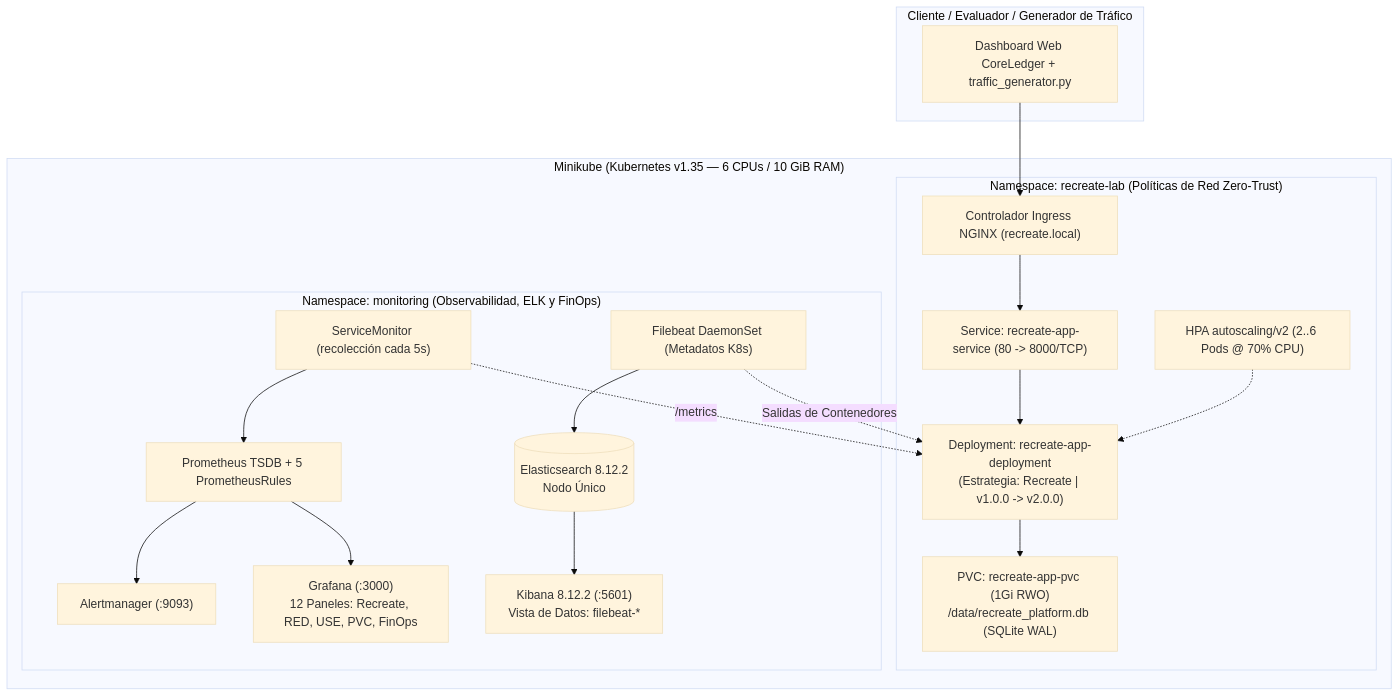
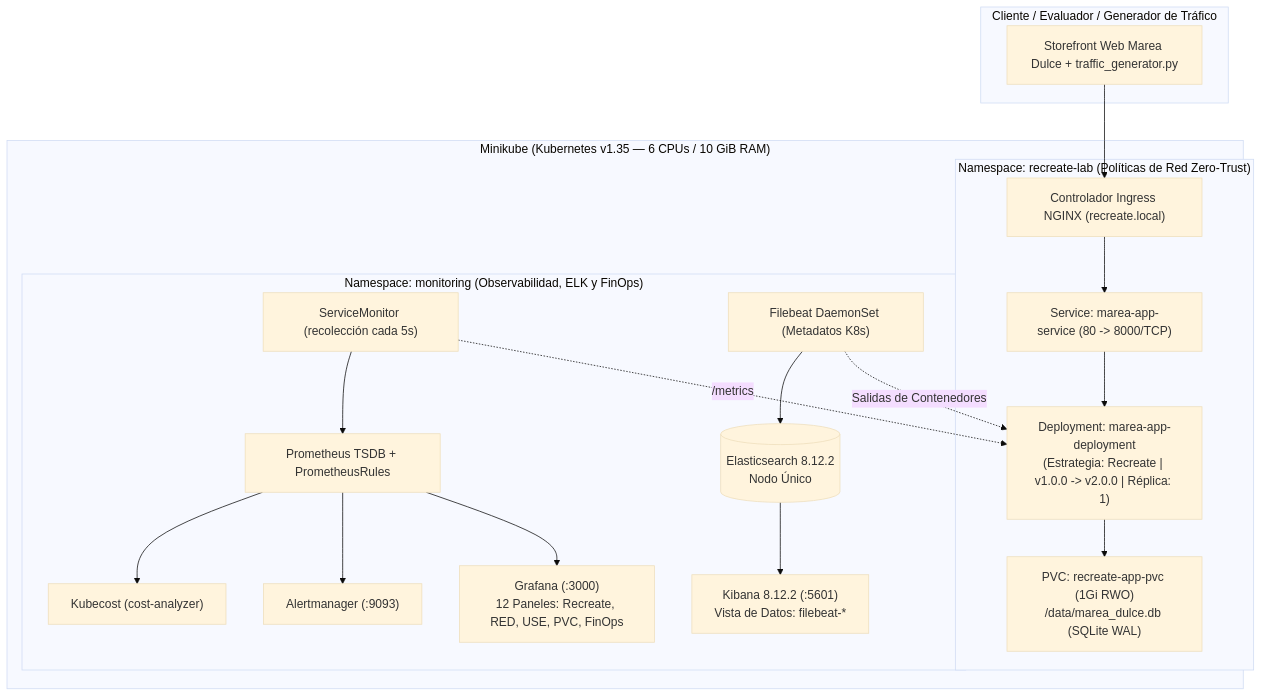
Before and after one commit to Esteban-GV/MareaDulce_Recreate: the diagram in docs/architecture/roadmap-and-architecture.md, drawn with Mermaid (base theme). The commit also changed other lines of this file and 138 other files, not shown here.

Commit message:
feat(docs): migrate documentation, platform and architecture to Marea Dulce Recreate deployment

````diff
--- a/docs/architecture/roadmap-and-architecture.md
+++ b/docs/architecture/roadmap-and-architecture.md
@@ -7,42 +7,42 @@
 ```mermaid
 flowchart TB
     subgraph Cliente["Cliente / Evaluador / Generador de Tráfico"]
-        Browser["Dashboard Web CoreLedger + traffic_generator.py"]
+        Browser["Storefront Web Marea Dulce + traffic_generator.py"]
     end
 
     subgraph Cluster["Minikube (Kubernetes v1.35 — 6 CPUs / 10 GiB RAM)"]
         Ingress["Controlador Ingress NGINX (recreate.local)"]
 
         subgraph NS_App["Namespace: recreate-lab (Políticas de Red Zero-Trust)"]
-            Svc["Service: recreate-app-service (80 -> 8000/TCP)"]
-            Deploy["Deployment: recreate-app-deployment\n(Estrategia: Recreate | v1.0.0 -> v2.0.0)"]
-            HPA["HPA autoscaling/v2 (2..6 Pods @ 70% CPU)"]
-            PVC["PVC: recreate-app-pvc (1Gi RWO)\n/data/recreate_platform.db (SQLite WAL)"]
+            Svc["Service: marea-app-service (80 -> 8000/TCP)"]
+            Deploy["Deployment: marea-app-deployment\n(Estrategia: Recreate | v1.0.0 -> v2.0.0 | Réplica: 1)"]
+            PVC["PVC: recreate-app-pvc (1Gi RWO)\n/data/marea_dulce.db (SQLite WAL)"]
 
             Ingress --> Svc
             Svc --> Deploy
-            HPA -.-> Deploy
             Deploy --> PVC
         end
 
         subgraph NS_Mon["Namespace: monitoring (Observabilidad, ELK y FinOps)"]
             SM["ServiceMonitor (recolección cada 5s)"]
-            Prom["Prometheus TSDB + 5 PrometheusRules"]
+            Prom["Prometheus TSDB + PrometheusRules"]
             AM["Alertmanager (:9093)"]
             Graf["Grafana (:3000)\n12 Paneles: Recreate, RED, USE, PVC, FinOps"]
             FB["Filebeat DaemonSet (Metadatos K8s)"]
             ES[("Elasticsearch 8.12.2\nNodo Único")]
             Kib["Kibana 8.12.2 (:5601)\nVista de Datos: filebeat-*"]
+            KubeCost["Kubecost (cost-analyzer)"]
 
             SM -.->|"/metrics"| Deploy
             SM --> Prom
             Prom --> Graf
             Prom --> AM
+            Prom --> KubeCost
             FB -.->|"Salidas de Contenedores"| Deploy
             FB --> ES
             ES --> Kib
         end
     end
 
     Browser --> Ingress
 ```
````
